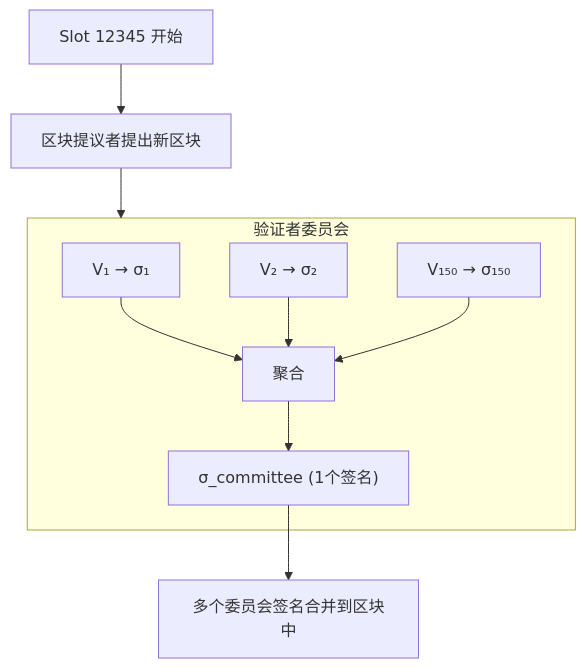
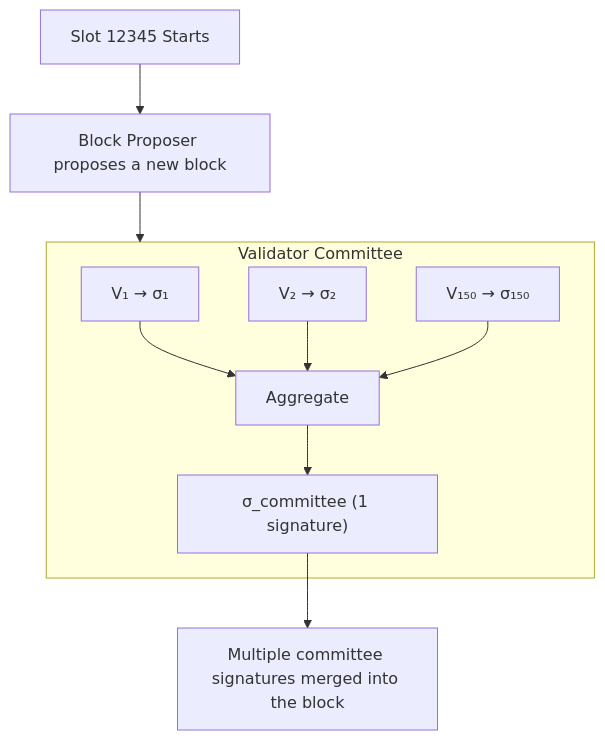
Before and after one commit to stars-labs/cryptograph-onboarding-trainning: the third of 3 diagrams in docs/cryptography/bls.mdx, drawn with Mermaid. The commit also changed other lines of this file and 15 other files, not shown here.

````diff
--- a/docs/cryptography/bls.mdx
+++ b/docs/cryptography/bls.mdx
@@ -442,18 +442,18 @@
 ```mermaid
 flowchart TD
-    SLOT["Slot 12345 开始"] --> PROPOSER["区块提议者提出新区块"]
+    SLOT["Slot 12345 Starts"] --> PROPOSER["Block Proposer proposes a new block"]
     
-    PROPOSER --> COMMITTEE["验证者委员会 (~150人)"]
+    PROPOSER --> COMMITTEE["Validator Committee (~150 people)"]
     
-    subgraph COMMITTEE["验证者委员会"]
+    subgraph COMMITTEE["Validator Committee"]
         V1["V₁ → σ₁"]
         V2["V₂ → σ₂"]
         VN["V₁₅₀ → σ₁₅₀"]
-        V1 --> AGG["聚合"]
+        V1 --> AGG["Aggregate"]
         V2 --> AGG
         VN --> AGG
-        AGG --> SIGMA["σ_committee (1个签名)"]
+        AGG --> SIGMA["σ_committee (1 signature)"]
     end
     
-    SIGMA --> BLOCK["多个委员会签名合并到区块中"]
+    SIGMA --> BLOCK["Multiple committee signatures merged into the block"]
 ```
````
